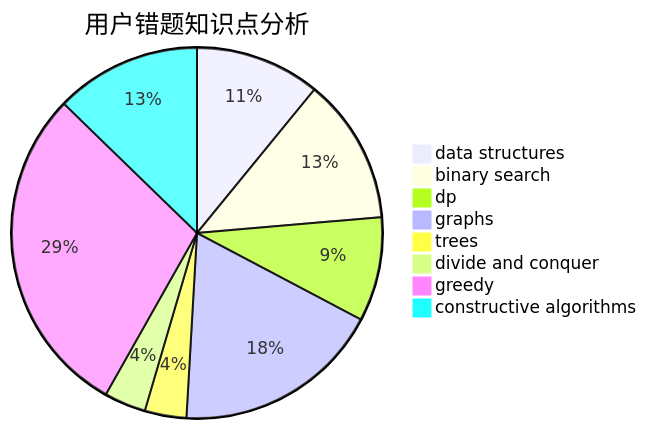
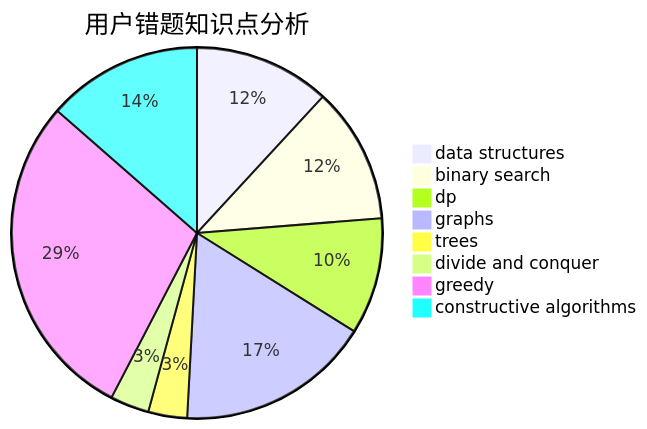
One commit to sherpahu/cfrs.github.io changed the third of 3 diagrams in docs/user/u2482.md. Above: the diagram before and after it, drawn with Mermaid. The commit also changed other lines of this file and 2770 other files, not shown here.

````diff
--- a/docs/user/u2482.md
+++ b/docs/user/u2482.md
@@ -36,11 +36,11 @@
 ```mermaid
 pie title 用户错题知识点分析
-    "data structures" :  6
+    "data structures" :  7
     "binary search" :  7
-    "dp" :  5
+    "dp" :  6
     "graphs" :  10
     "trees" :  2
     "divide and conquer" :  2
-    "greedy" :  16
-    "constructive algorithms" :  7
+    "greedy" :  17
+    "constructive algorithms" :  8
 ```
````
